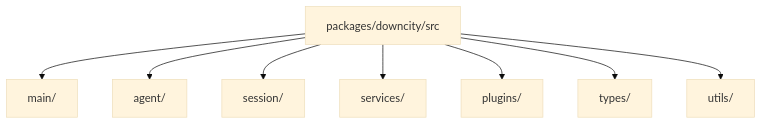
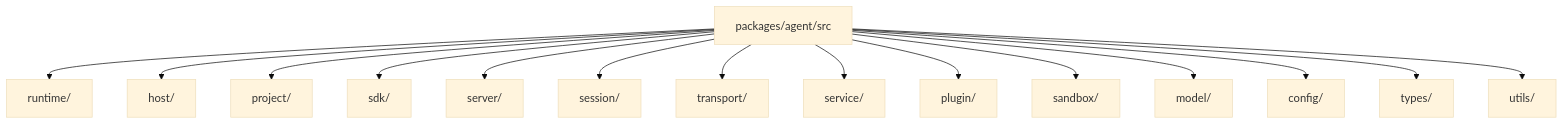
Before and after one commit to wangenius/downcity: the diagram in homepage/content/devdocs/en/package/module-breakdown.mdx, drawn with Mermaid (base theme). The commit also changed other lines of this file and 304 other files, not shown here.

Commit message:
refactor(agent): reorganize package architecture

````diff
--- a/homepage/content/devdocs/en/package/module-breakdown.mdx
+++ b/homepage/content/devdocs/en/package/module-breakdown.mdx
@@ -20,10 +25,17 @@
 ```mermaid
 flowchart TD
-  ROOT["packages/downcity/src"] --> MAIN["main/"]
-  ROOT --> AGENT["agent/"]
+  ROOT["packages/agent/src"] --> RUNTIME["runtime/"]
+  ROOT --> HOST["host/"]
+  ROOT --> PROJECT["project/"]
+  ROOT --> SDK["sdk/"]
+  ROOT --> SERVER["server/"]
   ROOT --> SESSION["session/"]
-  ROOT --> SERVICES["services/"]
-  ROOT --> PLUGINS["plugins/"]
+  ROOT --> TRANSPORT["transport/"]
+  ROOT --> SERVICE["service/"]
+  ROOT --> PLUGIN["plugin/"]
+  ROOT --> SANDBOX["sandbox/"]
+  ROOT --> MODEL["model/"]
+  ROOT --> CONFIG["config/"]
   ROOT --> TYPES["types/"]
   ROOT --> UTILS["utils/"]
 ```
````
